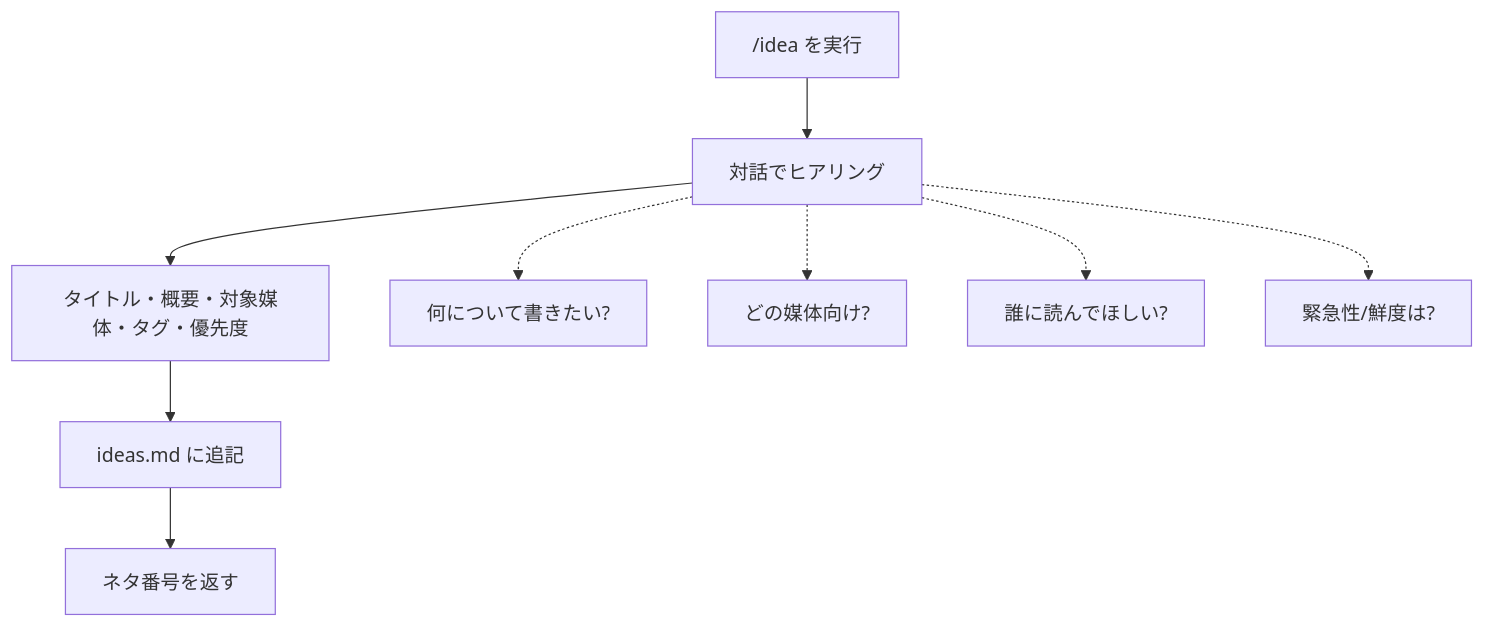
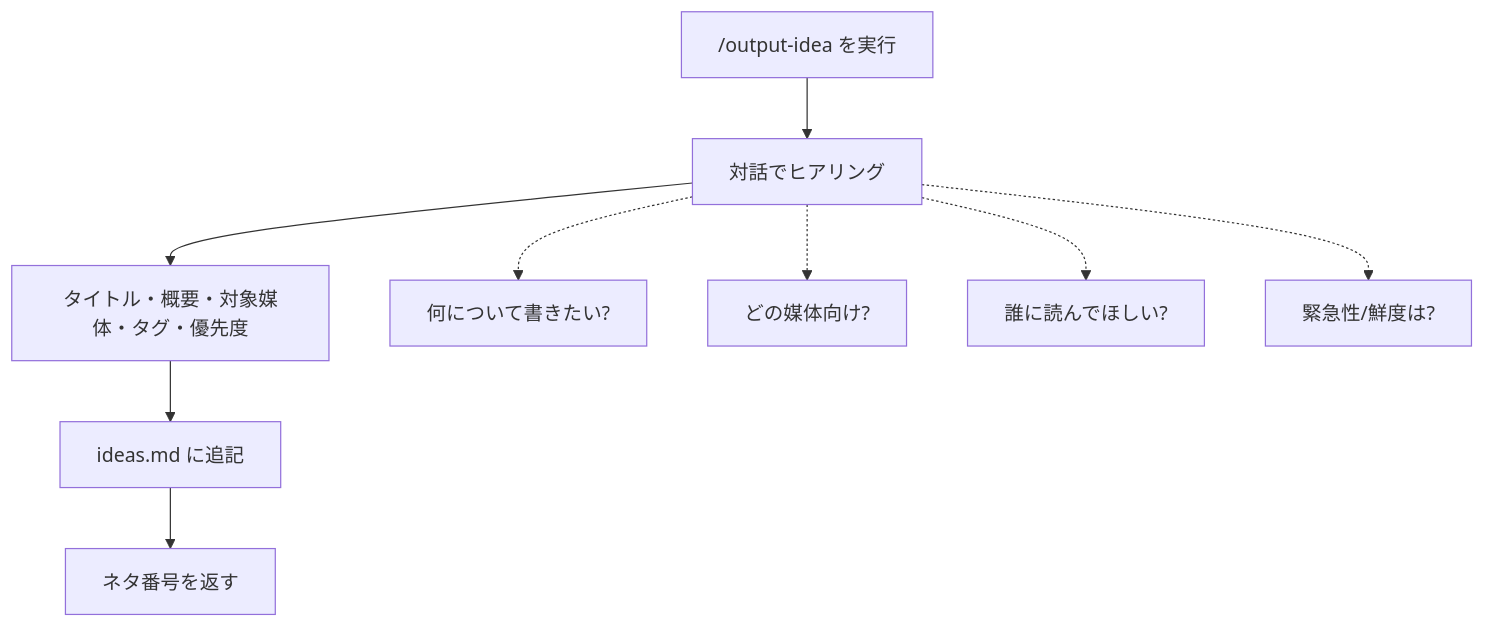
One commit to thirai-classlab/technology-output changed the fourth of 7 diagrams in docs/design/07-phase2-evolution.md. Above: the diagram before and after it, drawn with Mermaid. The commit also changed other lines of this file and 30 other files, not shown here.

````diff
--- a/docs/design/07-phase2-evolution.md
+++ b/docs/design/07-phase2-evolution.md
@@ -267,12 +269,12 @@
 ```mermaid
 flowchart TD
-    A["/idea を実行"] --> B["対話でヒアリング"]
+    A["/output-idea を実行"] --> B["対話でヒアリング"]
     B --> C["タイトル・概要・対象媒体・タグ・優先度"]
     C --> D["ideas.md に追記"]
     D --> E["ネタ番号を返す"]
 
     B -.-> B1["何について書きたい?"]
     B -.-> B2["どの媒体向け?"]
     B -.-> B3["誰に読んでほしい?"]
     B -.-> B4["緊急性/鮮度は?"]
 ```
````
